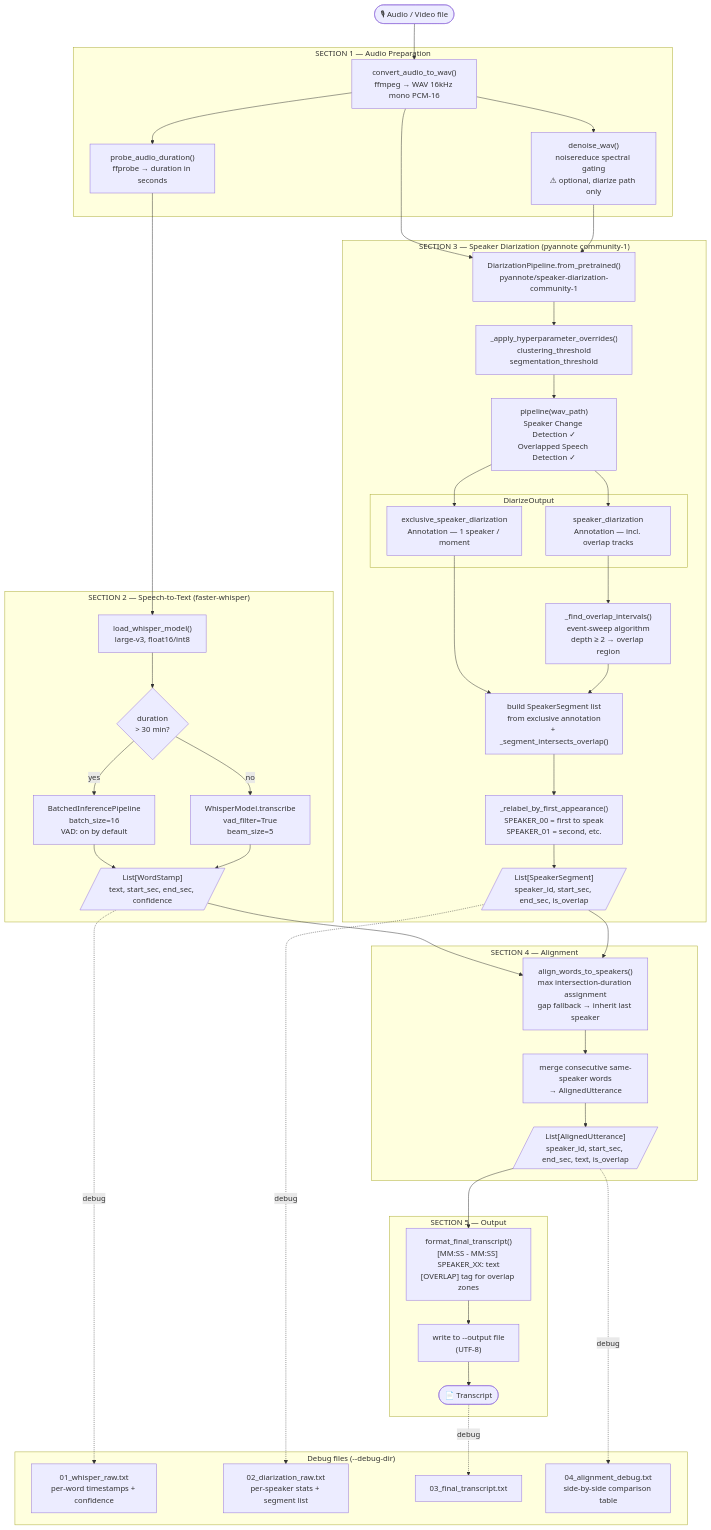
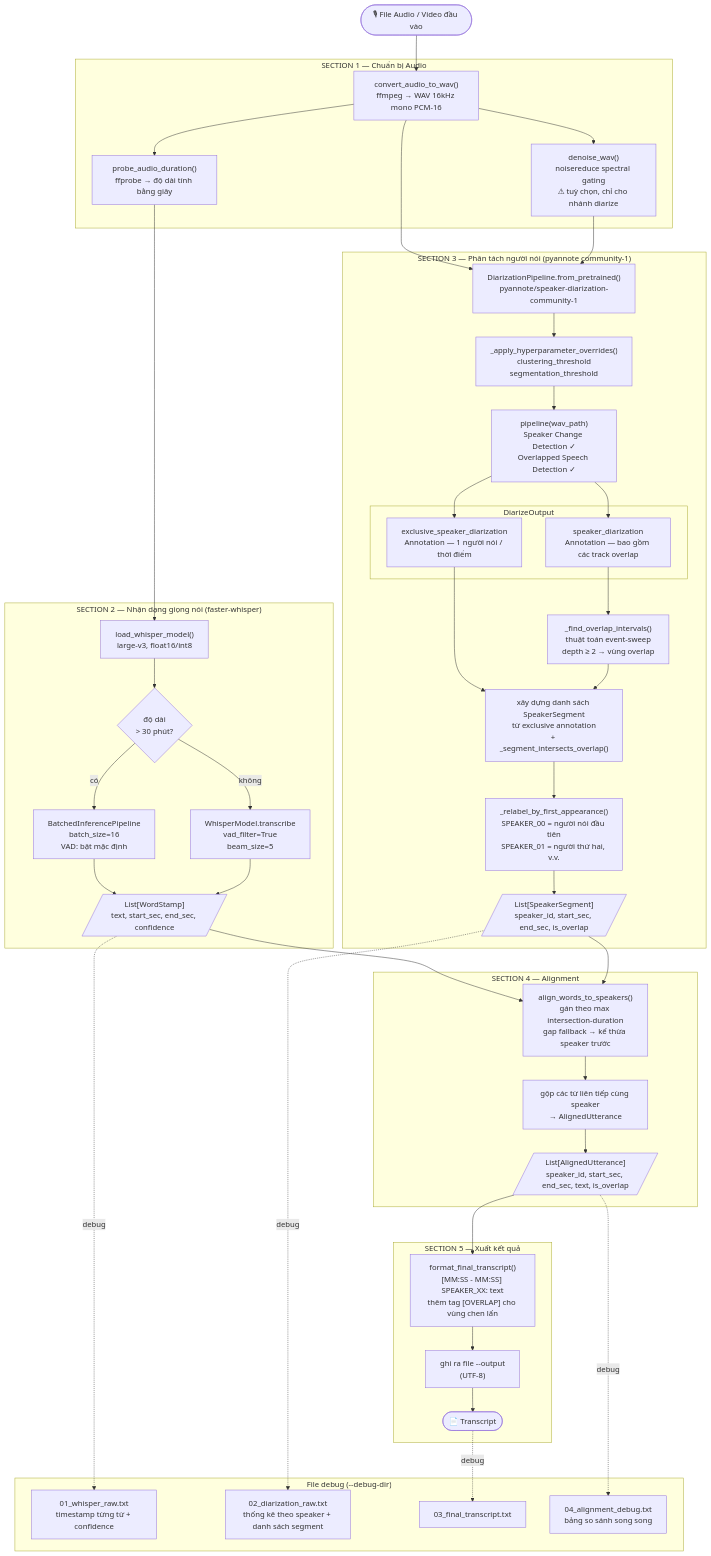
Before and after one commit to dangthemen10/speech-to-text-sample: the first of 3 diagrams in docs/ARCHITECTURE.md, drawn with Mermaid. The commit also changed other lines of this file and 1 other file, not shown here.

````diff
--- a/docs/ARCHITECTURE.md
+++ b/docs/ARCHITECTURE.md
@@ -49,54 +49,54 @@
 ```mermaid
 flowchart TD
-    INPUT([🎙 Audio / Video file])
+    INPUT([🎙 File Audio / Video đầu vào])
 
-    subgraph PREP ["SECTION 1 — Audio Preparation"]
+    subgraph PREP ["SECTION 1 — Chuẩn bị Audio"]
         CONVERT["convert_audio_to_wav()\nffmpeg → WAV 16kHz mono PCM-16"]
-        PROBE["probe_audio_duration()\nffprobe → duration in seconds"]
-        DENOISE["denoise_wav()\nnoisereduce spectral gating\n⚠ optional, diarize path only"]
+        PROBE["probe_audio_duration()\nffprobe → độ dài tính bằng giây"]
+        DENOISE["denoise_wav()\nnoisereduce spectral gating\n⚠ tuỳ chọn, chỉ cho nhánh diarize"]
     end
 
-    subgraph ASR ["SECTION 2 — Speech-to-Text  (faster-whisper)"]
+    subgraph ASR ["SECTION 2 — Nhận dạng giọng nói  (faster-whisper)"]
         LOAD_W["load_whisper_model()\nlarge-v3, float16/int8"]
-        DURATION_CHECK{duration\n> 30 min?}
-        BATCHED["BatchedInferencePipeline\nbatch_size=16\nVAD: on by default"]
+        DURATION_CHECK{độ dài\n> 30 phút?}
+        BATCHED["BatchedInferencePipeline\nbatch_size=16\nVAD: bật mặc định"]
         STANDARD["WhisperModel.transcribe\nvad_filter=True\nbeam_size=5"]
         WORDS[/"List[WordStamp]\ntext, start_sec, end_sec, confidence"/]
     end
 
-    subgraph DIARIZE ["SECTION 3 — Speaker Diarization  (pyannote community-1)"]
+    subgraph DIARIZE ["SECTION 3 — Phân tách người nói  (pyannote community-1)"]
         LOAD_P["DiarizationPipeline.from_pretrained()\npyannote/speaker-diarization-community-1"]
         TUNE["_apply_hyperparameter_overrides()\nclustering_threshold\nsegmentation_threshold"]
         RUN_P["pipeline(wav_path)\nSpeaker Change Detection ✓\nOverlapped Speech Detection ✓"]
 
         subgraph DIARIZE_OUT ["DiarizeOutput"]
-            FULL_ANN["speaker_diarization\nAnnotation — incl. overlap tracks"]
-            EXCL_ANN["exclusive_speaker_diarization\nAnnotation — 1 speaker / moment"]
+            FULL_ANN["speaker_diarization\nAnnotation — bao gồm các track overlap"]
+            EXCL_ANN["exclusive_speaker_diarization\nAnnotation — 1 người nói / thời điểm"]
         end
 
-        SWEEP["_find_overlap_intervals()\nevent-sweep algorithm\ndepth ≥ 2 → overlap region"]
-        BUILD_SEGS["build SpeakerSegment list\nfrom exclusive annotation\n+ _segment_intersects_overlap()"]
-        RELABEL["_relabel_by_first_appearance()\nSPEAKER_00 = first to speak\nSPEAKER_01 = second, etc."]
+        SWEEP["_find_overlap_intervals()\nthuật toán event-sweep\ndepth ≥ 2 → vùng overlap"]
+        BUILD_SEGS["xây dựng danh sách SpeakerSegment\ntừ exclusive annotation\n+ _segment_intersects_overlap()"]
+        RELABEL["_relabel_by_first_appearance()\nSPEAKER_00 = người nói đầu tiên\nSPEAKER_01 = người thứ hai, v.v."]
         SEGMENTS[/"List[SpeakerSegment]\nspeaker_id, start_sec, end_sec, is_overlap"/]
     end
 
     subgraph ALIGN ["SECTION 4 — Alignment"]
-        ALIGN_FN["align_words_to_speakers()\nmax intersection-duration assignment\ngap fallback → inherit last speaker"]
-        MERGE["merge consecutive same-speaker words\n→ AlignedUtterance"]
+        ALIGN_FN["align_words_to_speakers()\ngán theo max intersection-duration\ngap fallback → kế thừa speaker trước"]
+        MERGE["gộp các từ liên tiếp cùng speaker\n→ AlignedUtterance"]
         UTTERANCES[/"List[AlignedUtterance]\nspeaker_id, start_sec, end_sec, text, is_overlap"/]
     end
 
-    subgraph OUTPUT ["SECTION 5 — Output"]
-        FORMAT["format_final_transcript()\n[MM:SS - MM:SS] SPEAKER_XX: text\n[OVERLAP] tag for overlap zones"]
-        SAVE["write to --output file\n(UTF-8)"]
+    subgraph OUTPUT ["SECTION 5 — Xuất kết quả"]
+        FORMAT["format_final_transcript()\n[MM:SS - MM:SS] SPEAKER_XX: text\nthêm tag [OVERLAP] cho vùng chen lấn"]
+        SAVE["ghi ra file --output\n(UTF-8)"]
         TRANSCRIPT([📄 Transcript])
     end
 
-    subgraph DEBUG ["Debug files  (--debug-dir)"]
-        D1["01_whisper_raw.txt\nper-word timestamps + confidence"]
-        D2["02_diarization_raw.txt\nper-speaker stats + segment list"]
+    subgraph DEBUG ["File debug  (--debug-dir)"]
+        D1["01_whisper_raw.txt\ntimestamp từng từ + confidence"]
+        D2["02_diarization_raw.txt\nthống kê theo speaker + danh sách segment"]
         D3["03_final_transcript.txt"]
-        D4["04_alignment_debug.txt\nside-by-side comparison table"]
+        D4["04_alignment_debug.txt\nbảng so sánh song song"]
     end
 
     INPUT --> CONVERT
@@ -105,8 +105,8 @@
     CONVERT --> DENOISE
 
     LOAD_W --> DURATION_CHECK
-    DURATION_CHECK -- yes --> BATCHED
-    DURATION_CHECK -- no  --> STANDARD
+    DURATION_CHECK -- có --> BATCHED
+    DURATION_CHECK -- không --> STANDARD
     BATCHED  --> WORDS
     STANDARD --> WORDS
 
````
